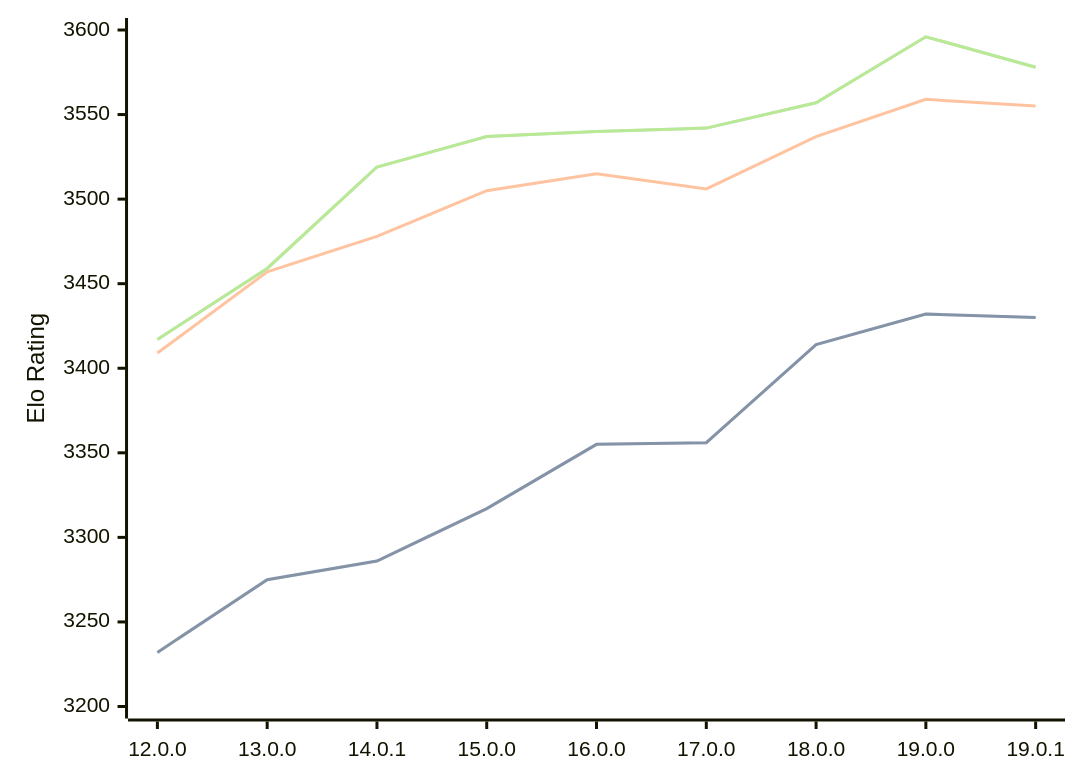
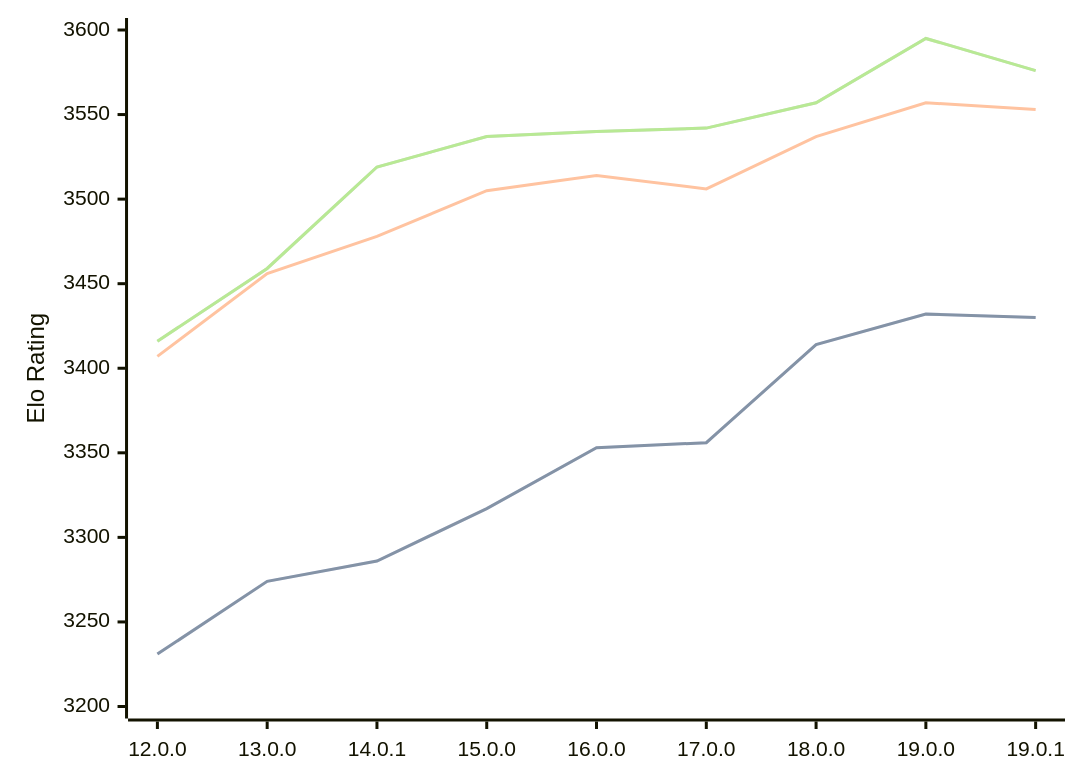
Before and after one commit to computer-chess-index/cci: the diagram in engines/Viridithas.md, drawn with Mermaid. The commit also changed other lines of this file, not shown here.

Commit message:
Update CCI Ratings (ELO VLTC) - 2026-03-19

````diff
--- a/engines/Viridithas.md
+++ b/engines/Viridithas.md
@@ -61,11 +63,11 @@
 ```mermaid
 %%{init: {"theme":"base","themeVariables":{"seriesColors:['#a3a3a3','#222221','#faa371']}}}%%
 xychart-beta
   x-axis ["12.0.0", "13.0.0", "14.0.1", "15.0.0", "16.0.0", "17.0.0", "18.0.0", "19.0.0", "19.0.1"]
   y-axis "Elo Rating" 3200 --> 3600
-  line "STC (8.0+0.08s)" [3232, 3275, 3286, 3317, 3355, 3356, 3414, 3432, 3430]
-  line "STC (8.0+0.08s)" [3232, 3275, 3286, 3317, 3355, 3356, 3414, 3432, 3430]
-  line "LTC (60.0+0.60s)" [3409, 3457, 3478, 3505, 3515, 3506, 3537, 3559, 3555]
-  line "VLTC (2m24s+1.12s)" [3417, 3459, 3519, 3537, 3540, 3542, 3557, 3596, 3578]
-  line "VLTC (2m24s+1.12s)" [3417, 3459, 3519, 3537, 3540, 3542, 3557, 3596, 3578]
+  line "STC (8.0+0.08s)" [3231, 3274, 3286, 3317, 3353, 3356, 3414, 3432, 3430]
+  line "STC (8.0+0.08s)" [3231, 3274, 3286, 3317, 3353, 3356, 3414, 3432, 3430]
+  line "LTC (60.0+0.60s)" [3407, 3456, 3478, 3505, 3514, 3506, 3537, 3557, 3553]
+  line "VLTC (2m24s+1.12s)" [3416, 3459, 3519, 3537, 3540, 3542, 3557, 3595, 3576]
+  line "VLTC (2m24s+1.12s)" [3416, 3459, 3519, 3537, 3540, 3542, 3557, 3595, 3576]
 ```
````
